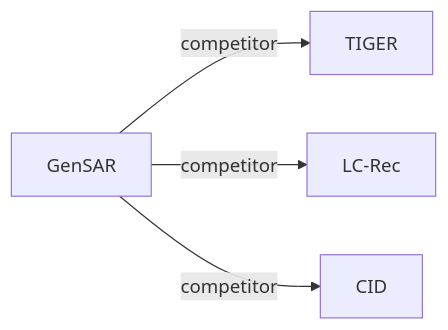
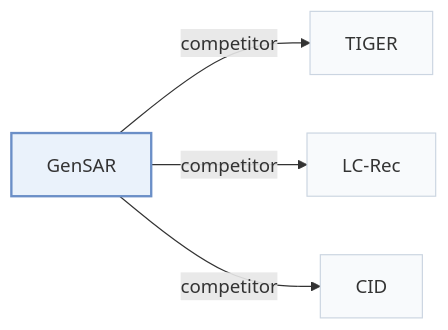
One commit to Galaxy-ghost/Awesome-SID-Generative-Rec changed the second of 2 diagrams in pages/papers/gensar.md. Above: the diagram before and after it, drawn with Mermaid. The commit also changed other lines of this file and 649 other files, not shown here.

Commit message:
writer-05: also tags and modality index (schema, check, build, visuals); summary field removed; calibration data for 12 papers

````diff
--- a/pages/papers/gensar.md
+++ b/pages/papers/gensar.md
@@ -69,7 +74,11 @@
 ```mermaid
 flowchart LR
     P["GenSAR"]
-    P -->|competitor| A["TIGER"]
-    P -->|competitor| B["LC-Rec"]
-    P -->|competitor| C["CID"]
+    P -->|"competitor"| A["TIGER"]
+    P -->|"competitor"| B["LC-Rec"]
+    P -->|"competitor"| C["CID"]
+    classDef main fill:#eaf2fb,stroke:#6b8fc7,stroke-width:2px
+    classDef peer fill:#f8fafc,stroke:#cbd5e1
+    class P main
+    class A,B,C peer
 ```
````
